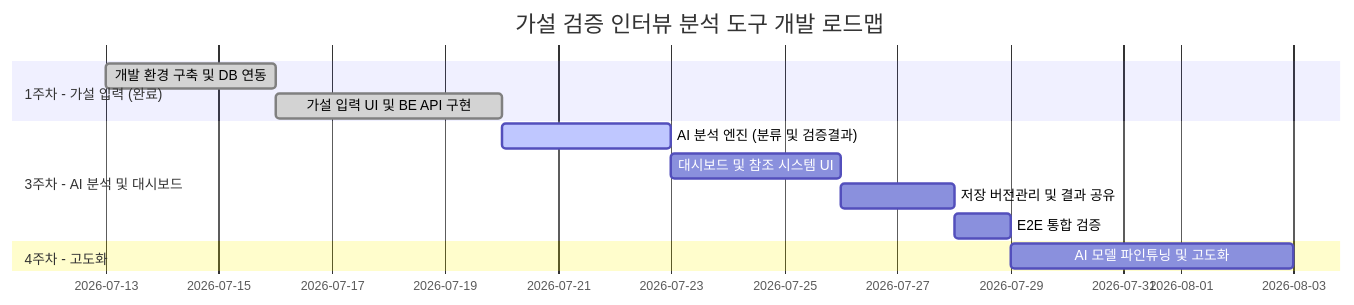
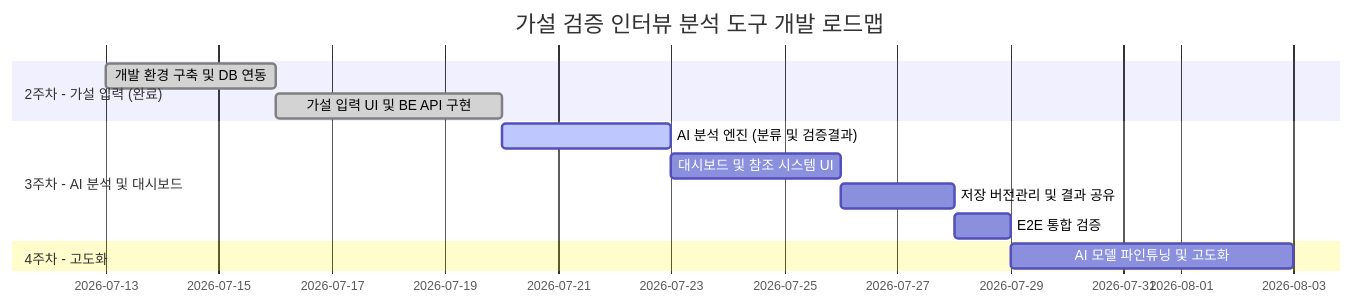
Before and after one commit to Mureung1/hub-showcase: the diagram in README/Week3_Implementation_Plan.md, drawn with Mermaid. The commit also changed other lines of this file, not shown here.

````diff
--- a/README/Week3_Implementation_Plan.md
+++ b/README/Week3_Implementation_Plan.md
@@ -9,15 +9,15 @@
 ```mermaid
 gantt
     title 가설 검증 인터뷰 분석 도구 개발 로드맵
     dateFormat  YYYY-MM-DD
-    section 1주차 - 가설 입력 (완료)
+    section 2주차 - 가설 입력 (완료)
     개발 환경 구축 및 DB 연동      :done, p1, 2026-07-13, 3d
     가설 입력 UI 및 BE API 구현    :done, p2, after p1, 4d
     section 3주차 - AI 분석 및 대시보드
     AI 분석 엔진 (분류 및 검증결과) :active, p3, 2026-07-20, 3d
     대시보드 및 참조 시스템 UI      : p4, after p3, 3d
     저장 버전관리 및 결과 공유      : p5, after p4, 2d
     E2E 통합 검증                 : p6, after p5, 1d
     section 4주차 - 고도화
     AI 모델 파인튜닝 및 고도화      : p7, 2026-07-29, 5d
 ```
````
